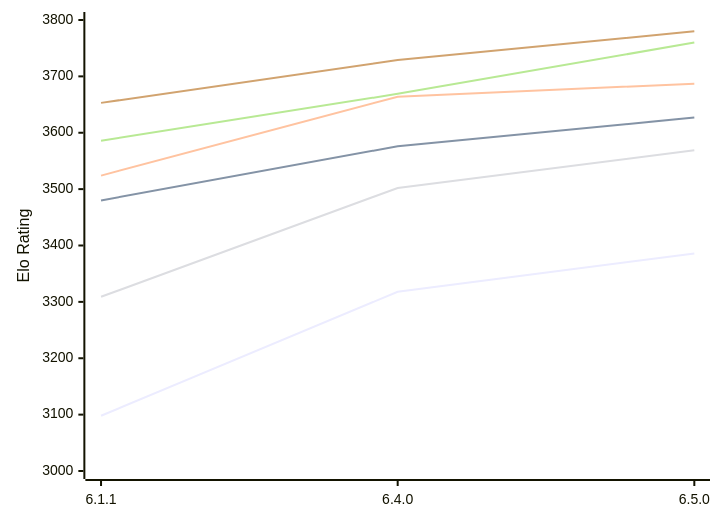
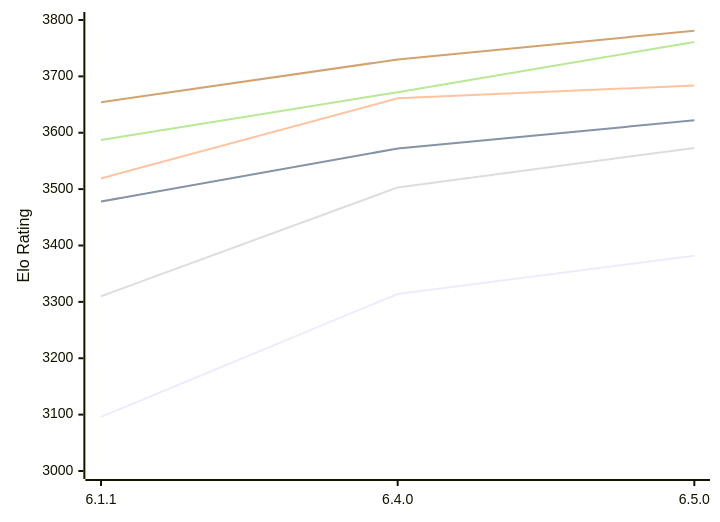
The first of 2 diagrams in engines/Zigqueen.md (computer-chess-index/cci), drawn with Mermaid before and after one commit. The commit also changed other lines of this file, not shown here.

Commit message:
Update CCI Ratings (ELO VLTC) - 2026-11-09

````diff
--- a/engines/Zigqueen.md
+++ b/engines/Zigqueen.md
@@ -55,12 +55,12 @@
 ```mermaid
 %%{init: {"theme":"base","themeVariables":{"seriesColors:['#a3a3a3','#222221','#faa371']}}}%%
 xychart-beta
   x-axis ["6.1.1", "6.4.0", "6.5.0"]
   y-axis "Elo Rating" 3000 --> 3800
-  line "E1: STC (8.0+0.08s)" [3098, 3318, 3386]
-  line "E1: LTC (60.0+0.60s)" [3480, 3576, 3627]
-  line "E1: VLTC (2m24s+1.12s)" [3524, 3664, 3687]
-  line "P1: STC (8.0+0.08s)" [3309, 3502, 3569]
-  line "P1: LTC (60.0+0.60s)" [3586, 3669, 3760]
-  line "P1: VLTC (2m24s+1.12s)" [3653, 3729, 3780]
+  line "E1: STC (8.0+0.08s)" [3096, 3314, 3382]
+  line "E1: LTC (60.0+0.60s)" [3478, 3572, 3622]
+  line "E1: VLTC (2m24s+1.12s)" [3519, 3661, 3684]
+  line "P1: STC (8.0+0.08s)" [3310, 3503, 3573]
+  line "P1: LTC (60.0+0.60s)" [3587, 3672, 3761]
+  line "P1: VLTC (2m24s+1.12s)" [3654, 3730, 3781]
 ```
````
